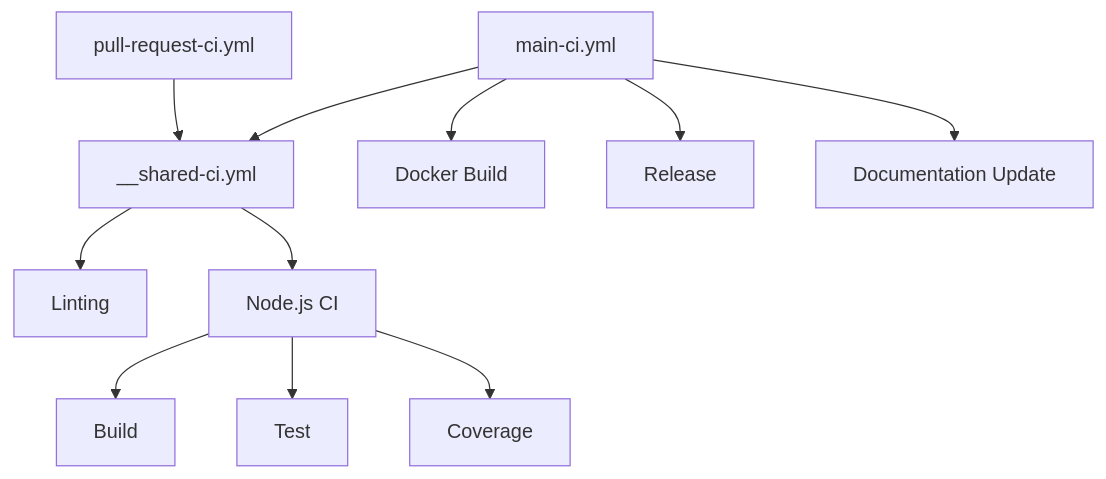
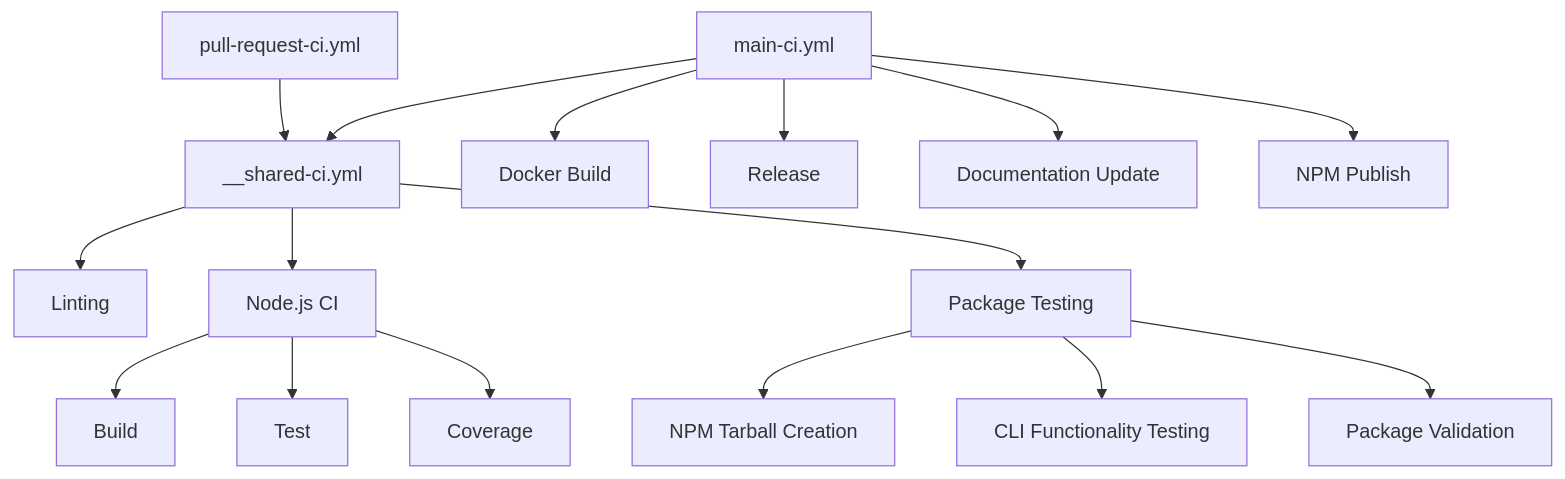
One commit to hoverkraft-tech/ci-dokumentor changed the diagram in packages/docs/content/developers/ci-cd.md. Above: the diagram before and after it, drawn with Mermaid. The commit also changed other lines of this file and 2 other files, not shown here.

Commit message:
docs: update documentation for npm package publishing

````diff
--- a/packages/docs/content/developers/ci-cd.md
+++ b/packages/docs/content/developers/ci-cd.md
@@ -35,14 +35,19 @@
 ```mermaid
 graph TD
     A[pull-request-ci.yml] --> B[__shared-ci.yml]
     C[main-ci.yml] --> B
     C --> D[Docker Build]
     C --> E[Release]
     C --> F[Documentation Update]
+    C --> G[NPM Publish]
 
-    B --> G[Linting]
-    B --> H[Node.js CI]
-    H --> I[Build]
-    H --> J[Test]
-    H --> K[Coverage]
+    B --> H[Linting]
+    B --> I[Node.js CI]
+    B --> J[Package Testing]
+    I --> K[Build]
+    I --> L[Test]
+    I --> M[Coverage]
+    J --> N[NPM Tarball Creation]
+    J --> O[CLI Functionality Testing]
+    J --> P[Package Validation]
 ```
````
